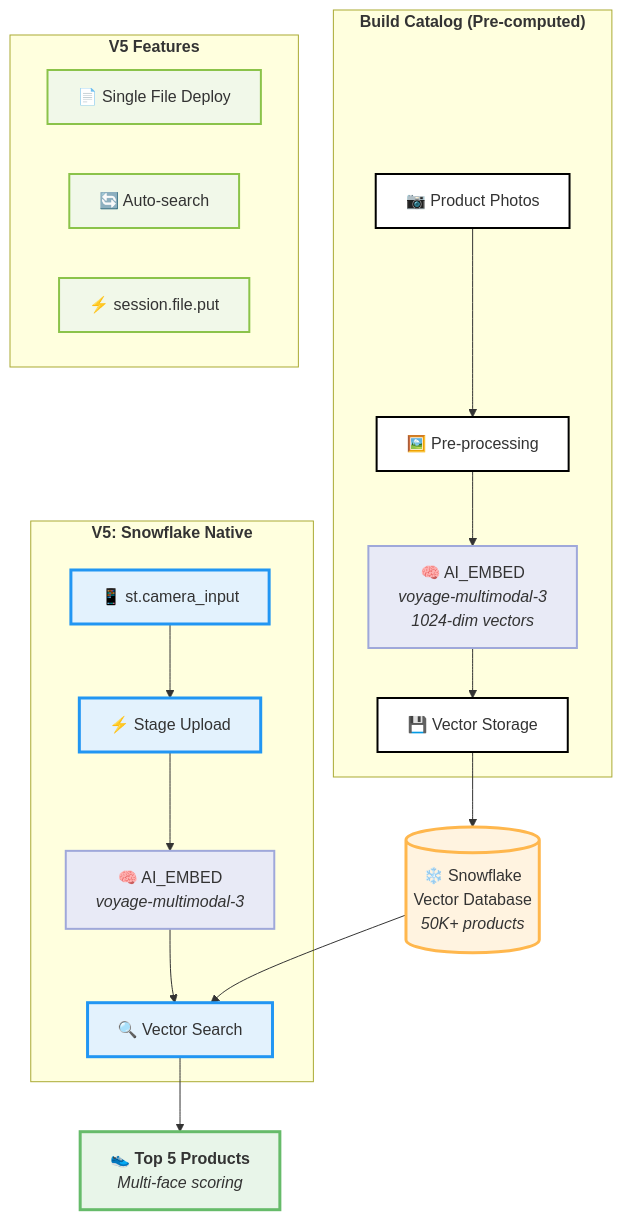
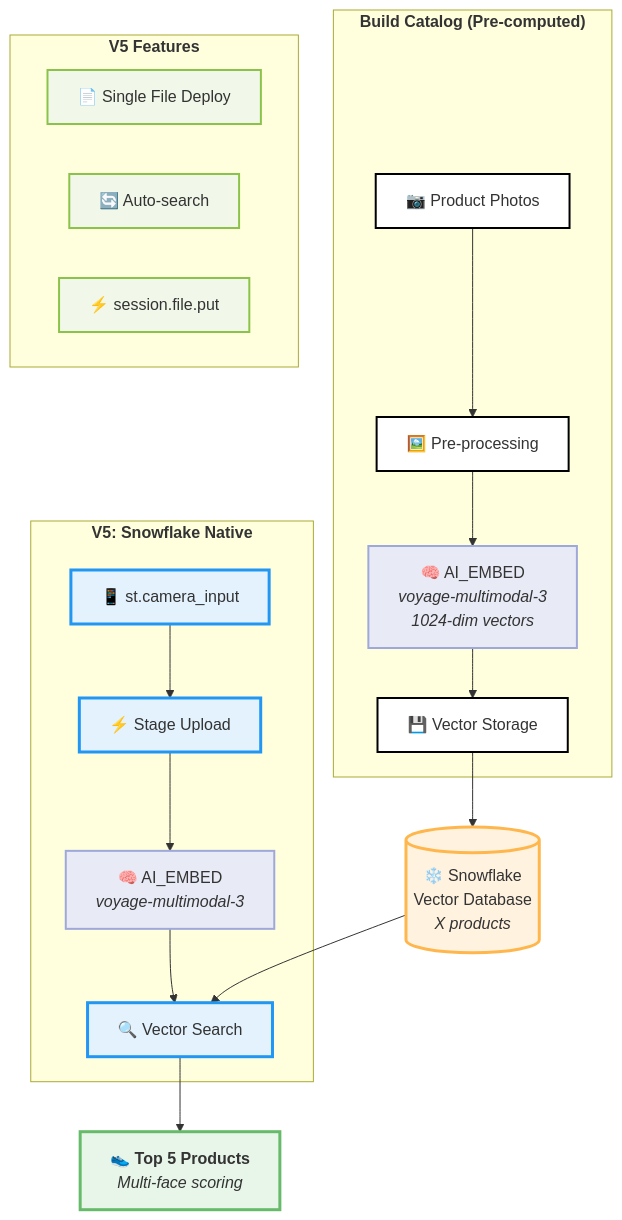
Before and after one commit to AlassaneDialDiop/browns_data_science: the diagram in docs/browns-lens/index.md, drawn with Mermaid. The commit also changed other lines of this file, not shown here.

Commit message:
deployedddd

````diff
--- a/docs/browns-lens/index.md
+++ b/docs/browns-lens/index.md
@@ -38,43 +38,43 @@
 ```mermaid
 graph TB
     %% Title styling
     subgraph Build["<b>Build Catalog (Pre-computed)</b>"]
         A[📷 Product Photos] --> B[🖼️ Pre-processing]
         B --> C["🧠 AI_EMBED<br/><i>voyage-multimodal-3<br/>1024-dim vectors</i>"]
         C --> D[💾 Vector Storage]
     end
     
     subgraph V5["<b>V5: Snowflake Native</b>"]
         E[📱 st.camera_input] --> F[⚡ Stage Upload]
         F --> G["🧠 AI_EMBED<br/><i>voyage-multimodal-3</i>"]
         G --> H[🔍 Vector Search]
     end
     
-    D --> DB[("❄️ Snowflake<br/>Vector Database<br/><i>50K+ products</i>")]
+    D --> DB[("❄️ Snowflake<br/>Vector Database<br/><i>X products</i>")]
     
     DB --> H
     H --> R["👟 <b>Top 5 Products</b><br/><i>Multi-face scoring</i>"]
     
     %% V5 Features
     subgraph Features["<b>V5 Features</b>"]
         I[📄 Single File Deploy]
         J[🔄 Auto-search]
         K[⚡ session.file.put]
     end
     
     %% Styling
     classDef buildStyle fill:#fff,stroke:#000,stroke-width:2px
     classDef v5Style fill:#e3f2fd,stroke:#2196f3,stroke-width:3px
     classDef embedStyle fill:#e8eaf6,stroke:#9fa8da,stroke-width:2px
     classDef dbStyle fill:#fff3e0,stroke:#ffb74d,stroke-width:3px
     classDef matchStyle fill:#f3e5f5,stroke:#ba68c8,stroke-width:2px
     classDef resultStyle fill:#e8f5e9,stroke:#66bb6a,stroke-width:3px
     classDef featureStyle fill:#f1f8e9,stroke:#8bc34a,stroke-width:2px
     
     class A,B,D buildStyle
     class E,F,G,H v5Style
     class C,G embedStyle
     class DB dbStyle
     class R resultStyle
     class I,J,K featureStyle
 ```
````
